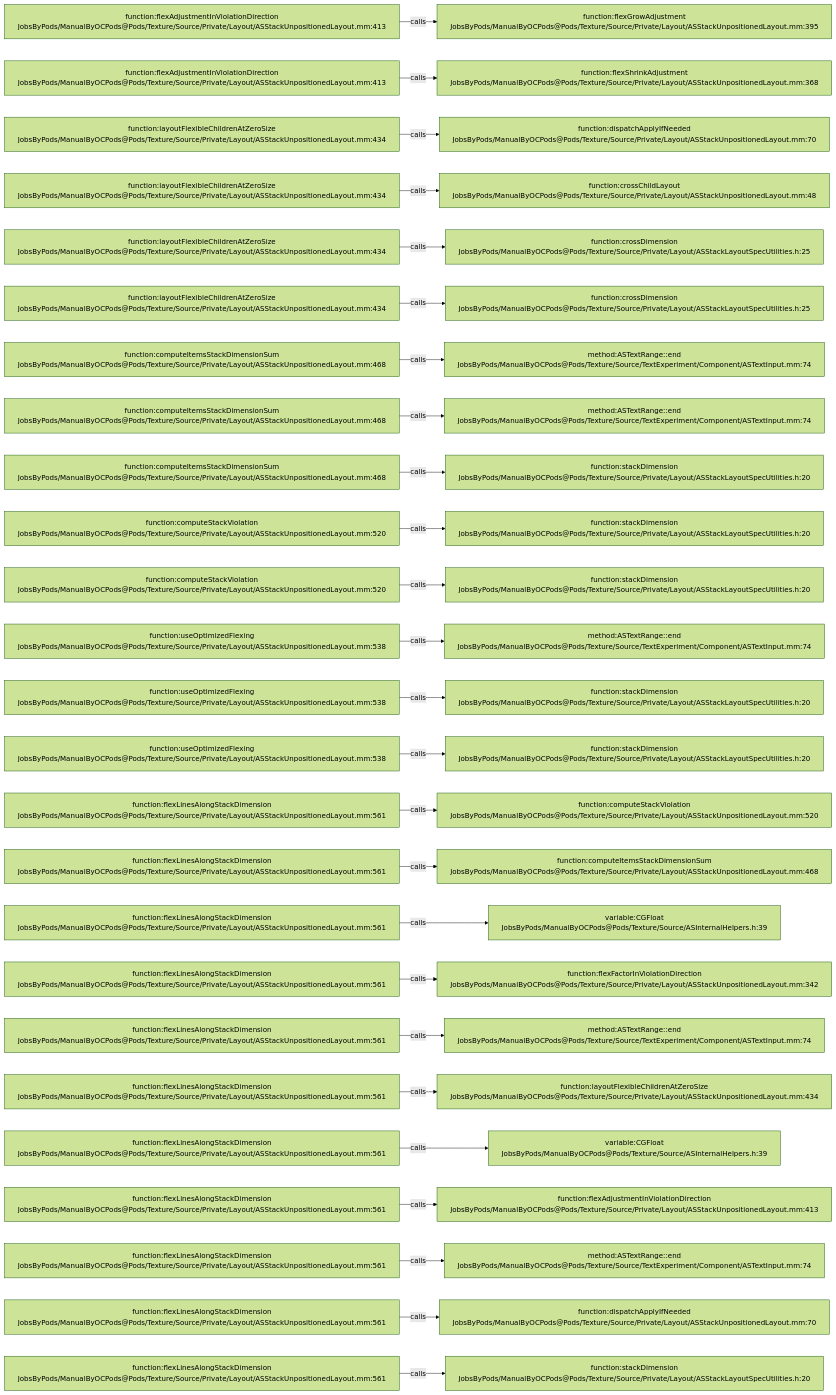
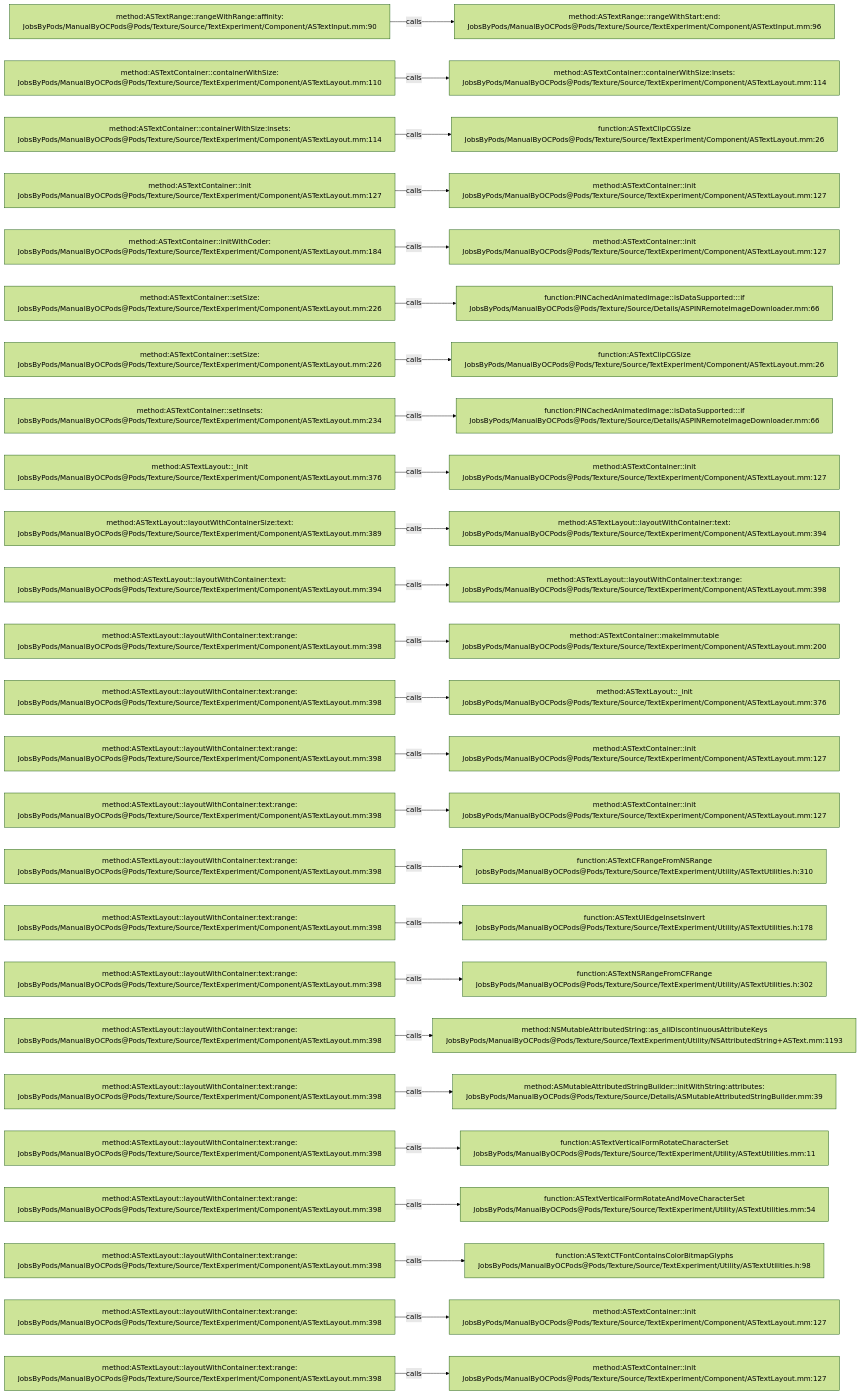
One commit to JobsKits/JobsOCBaseConfigDemo changed the diagram in .codegraph/codegraph.md/graphs/calls-193.md. Above: the diagram before and after it, drawn with Mermaid (forest theme). The commit also changed 1448 other files, not shown here.

````diff
--- a/.codegraph/codegraph.md/graphs/calls-193.md
+++ b/.codegraph/codegraph.md/graphs/calls-193.md
@@ -13,78 +13,78 @@
 ```mermaid
 flowchart LR
-  S1["function:flexAdjustmentInViolationDirection<br/>JobsByPods/ManualByOCPods@Pods/Texture/Source/Private/Layout/ASStackUnpositionedLayout.mm:413"]
-  T1["function:flexGrowAdjustment<br/>JobsByPods/ManualByOCPods@Pods/Texture/Source/Private/Layout/ASStackUnpositionedLayout.mm:395"]
+  S1["method:ASTextRange::rangeWithRange:affinity:<br/>JobsByPods/ManualByOCPods@Pods/Texture/Source/TextExperiment/Component/ASTextInput.mm:90"]
+  T1["method:ASTextRange::rangeWithStart:end:<br/>JobsByPods/ManualByOCPods@Pods/Texture/Source/TextExperiment/Component/ASTextInput.mm:96"]
   S1 -->|calls| T1
-  S2["function:flexAdjustmentInViolationDirection<br/>JobsByPods/ManualByOCPods@Pods/Texture/Source/Private/Layout/ASStackUnpositionedLayout.mm:413"]
-  T2["function:flexShrinkAdjustment<br/>JobsByPods/ManualByOCPods@Pods/Texture/Source/Private/Layout/ASStackUnpositionedLayout.mm:368"]
+  S2["method:ASTextContainer::containerWithSize:<br/>JobsByPods/ManualByOCPods@Pods/Texture/Source/TextExperiment/Component/ASTextLayout.mm:110"]
+  T2["method:ASTextContainer::containerWithSize:insets:<br/>JobsByPods/ManualByOCPods@Pods/Texture/Source/TextExperiment/Component/ASTextLayout.mm:114"]
   S2 -->|calls| T2
-  S3["function:layoutFlexibleChildrenAtZeroSize<br/>JobsByPods/ManualByOCPods@Pods/Texture/Source/Private/Layout/ASStackUnpositionedLayout.mm:434"]
-  T3["function:dispatchApplyIfNeeded<br/>JobsByPods/ManualByOCPods@Pods/Texture/Source/Private/Layout/ASStackUnpositionedLayout.mm:70"]
+  S3["method:ASTextContainer::containerWithSize:insets:<br/>JobsByPods/ManualByOCPods@Pods/Texture/Source/TextExperiment/Component/ASTextLayout.mm:114"]
+  T3["function:ASTextClipCGSize<br/>JobsByPods/ManualByOCPods@Pods/Texture/Source/TextExperiment/Component/ASTextLayout.mm:26"]
   S3 -->|calls| T3
-  S4["function:layoutFlexibleChildrenAtZeroSize<br/>JobsByPods/ManualByOCPods@Pods/Texture/Source/Private/Layout/ASStackUnpositionedLayout.mm:434"]
-  T4["function:crossChildLayout<br/>JobsByPods/ManualByOCPods@Pods/Texture/Source/Private/Layout/ASStackUnpositionedLayout.mm:48"]
+  S4["method:ASTextContainer::init<br/>JobsByPods/ManualByOCPods@Pods/Texture/Source/TextExperiment/Component/ASTextLayout.mm:127"]
+  T4["method:ASTextContainer::init<br/>JobsByPods/ManualByOCPods@Pods/Texture/Source/TextExperiment/Component/ASTextLayout.mm:127"]
   S4 -->|calls| T4
-  S5["function:layoutFlexibleChildrenAtZeroSize<br/>JobsByPods/ManualByOCPods@Pods/Texture/Source/Private/Layout/ASStackUnpositionedLayout.mm:434"]
-  T5["function:crossDimension<br/>JobsByPods/ManualByOCPods@Pods/Texture/Source/Private/Layout/ASStackLayoutSpecUtilities.h:25"]
+  S5["method:ASTextContainer::initWithCoder:<br/>JobsByPods/ManualByOCPods@Pods/Texture/Source/TextExperiment/Component/ASTextLayout.mm:184"]
+  T5["method:ASTextContainer::init<br/>JobsByPods/ManualByOCPods@Pods/Texture/Source/TextExperiment/Component/ASTextLayout.mm:127"]
   S5 -->|calls| T5
-  S6["function:layoutFlexibleChildrenAtZeroSize<br/>JobsByPods/ManualByOCPods@Pods/Texture/Source/Private/Layout/ASStackUnpositionedLayout.mm:434"]
-  T6["function:crossDimension<br/>JobsByPods/ManualByOCPods@Pods/Texture/Source/Private/Layout/ASStackLayoutSpecUtilities.h:25"]
+  S6["method:ASTextContainer::setSize:<br/>JobsByPods/ManualByOCPods@Pods/Texture/Source/TextExperiment/Component/ASTextLayout.mm:226"]
+  T6["function:PINCachedAnimatedImage::isDataSupported:::if<br/>JobsByPods/ManualByOCPods@Pods/Texture/Source/Details/ASPINRemoteImageDownloader.mm:66"]
   S6 -->|calls| T6
-  S7["function:computeItemsStackDimensionSum<br/>JobsByPods/ManualByOCPods@Pods/Texture/Source/Private/Layout/ASStackUnpositionedLayout.mm:468"]
-  T7["method:ASTextRange::end<br/>JobsByPods/ManualByOCPods@Pods/Texture/Source/TextExperiment/Component/ASTextInput.mm:74"]
+  S7["method:ASTextContainer::setSize:<br/>JobsByPods/ManualByOCPods@Pods/Texture/Source/TextExperiment/Component/ASTextLayout.mm:226"]
+  T7["function:ASTextClipCGSize<br/>JobsByPods/ManualByOCPods@Pods/Texture/Source/TextExperiment/Component/ASTextLayout.mm:26"]
   S7 -->|calls| T7
-  S8["function:computeItemsStackDimensionSum<br/>JobsByPods/ManualByOCPods@Pods/Texture/Source/Private/Layout/ASStackUnpositionedLayout.mm:468"]
-  T8["method:ASTextRange::end<br/>JobsByPods/ManualByOCPods@Pods/Texture/Source/TextExperiment/Component/ASTextInput.mm:74"]
+  S8["method:ASTextContainer::setInsets:<br/>JobsByPods/ManualByOCPods@Pods/Texture/Source/TextExperiment/Component/ASTextLayout.mm:234"]
+  T8["function:PINCachedAnimatedImage::isDataSupported:::if<br/>JobsByPods/ManualByOCPods@Pods/Texture/Source/Details/ASPINRemoteImageDownloader.mm:66"]
   S8 -->|calls| T8
-  S9["function:computeItemsStackDimensionSum<br/>JobsByPods/ManualByOCPods@Pods/Texture/Source/Private/Layout/ASStackUnpositionedLayout.mm:468"]
-  T9["function:stackDimension<br/>JobsByPods/ManualByOCPods@Pods/Texture/Source/Private/Layout/ASStackLayoutSpecUtilities.h:20"]
+  S9["method:ASTextLayout::_init<br/>JobsByPods/ManualByOCPods@Pods/Texture/Source/TextExperiment/Component/ASTextLayout.mm:376"]
+  T9["method:ASTextContainer::init<br/>JobsByPods/ManualByOCPods@Pods/Texture/Source/TextExperiment/Component/ASTextLayout.mm:127"]
   S9 -->|calls| T9
-  S10["function:computeStackViolation<br/>JobsByPods/ManualByOCPods@Pods/Texture/Source/Private/Layout/ASStackUnpositionedLayout.mm:520"]
-  T10["function:stackDimension<br/>JobsByPods/ManualByOCPods@Pods/Texture/Source/Private/Layout/ASStackLayoutSpecUtilities.h:20"]
+  S10["method:ASTextLayout::layoutWithContainerSize:text:<br/>JobsByPods/ManualByOCPods@Pods/Texture/Source/TextExperiment/Component/ASTextLayout.mm:389"]
+  T10["method:ASTextLayout::layoutWithContainer:text:<br/>JobsByPods/ManualByOCPods@Pods/Texture/Source/TextExperiment/Component/ASTextLayout.mm:394"]
   S10 -->|calls| T10
-  S11["function:computeStackViolation<br/>JobsByPods/ManualByOCPods@Pods/Texture/Source/Private/Layout/ASStackUnpositionedLayout.mm:520"]
-  T11["function:stackDimension<br/>JobsByPods/ManualByOCPods@Pods/Texture/Source/Private/Layout/ASStackLayoutSpecUtilities.h:20"]
+  S11["method:ASTextLayout::layoutWithContainer:text:<br/>JobsByPods/ManualByOCPods@Pods/Texture/Source/TextExperiment/Component/ASTextLayout.mm:394"]
+  T11["method:ASTextLayout::layoutWithContainer:text:range:<br/>JobsByPods/ManualByOCPods@Pods/Texture/Source/TextExperiment/Component/ASTextLayout.mm:398"]
   S11 -->|calls| T11
-  S12["function:useOptimizedFlexing<br/>JobsByPods/ManualByOCPods@Pods/Texture/Source/Private/Layout/ASStackUnpositionedLayout.mm:538"]
-  T12["method:ASTextRange::end<br/>JobsByPods/ManualByOCPods@Pods/Texture/Source/TextExperiment/Component/ASTextInput.mm:74"]
+  S12["method:ASTextLayout::layoutWithContainer:text:range:<br/>JobsByPods/ManualByOCPods@Pods/Texture/Source/TextExperiment/Component/ASTextLayout.mm:398"]
+  T12["method:ASTextContainer::makeImmutable<br/>JobsByPods/ManualByOCPods@Pods/Texture/Source/TextExperiment/Component/ASTextLayout.mm:200"]
   S12 -->|calls| T12
-  S13["function:useOptimizedFlexing<br/>JobsByPods/ManualByOCPods@Pods/Texture/Source/Private/Layout/ASStackUnpositionedLayout.mm:538"]
-  T13["function:stackDimension<br/>JobsByPods/ManualByOCPods@Pods/Texture/Source/Private/Layout/ASStackLayoutSpecUtilities.h:20"]
+  S13["method:ASTextLayout::layoutWithContainer:text:range:<br/>JobsByPods/ManualByOCPods@Pods/Texture/Source/TextExperiment/Component/ASTextLayout.mm:398"]
+  T13["method:ASTextLayout::_init<br/>JobsByPods/ManualByOCPods@Pods/Texture/Source/TextExperiment/Component/ASTextLayout.mm:376"]
   S13 -->|calls| T13
-  S14["function:useOptimizedFlexing<br/>JobsByPods/ManualByOCPods@Pods/Texture/Source/Private/Layout/ASStackUnpositionedLayout.mm:538"]
-  T14["function:stackDimension<br/>JobsByPods/ManualByOCPods@Pods/Texture/Source/Private/Layout/ASStackLayoutSpecUtilities.h:20"]
+  S14["method:ASTextLayout::layoutWithContainer:text:range:<br/>JobsByPods/ManualByOCPods@Pods/Texture/Source/TextExperiment/Component/ASTextLayout.mm:398"]
+  T14["method:ASTextContainer::init<br/>JobsByPods/ManualByOCPods@Pods/Texture/Source/TextExperiment/Component/ASTextLayout.mm:127"]
   S14 -->|calls| T14
-  S15["function:flexLinesAlongStackDimension<br/>JobsByPods/ManualByOCPods@Pods/Texture/Source/Private/Layout/ASStackUnpositionedLayout.mm:561"]
-  T15["function:computeStackViolation<br/>JobsByPods/ManualByOCPods@Pods/Texture/Source/Private/Layout/ASStackUnpositionedLayout.mm:520"]
+  S15["method:ASTextLayout::layoutWithContainer:text:range:<br/>JobsByPods/ManualByOCPods@Pods/Texture/Source/TextExperiment/Component/ASTextLayout.mm:398"]
+  T15["method:ASTextContainer::init<br/>JobsByPods/ManualByOCPods@Pods/Texture/Source/TextExperiment/Component/ASTextLayout.mm:127"]
   S15 -->|calls| T15
-  S16["function:flexLinesAlongStackDimension<br/>JobsByPods/ManualByOCPods@Pods/Texture/Source/Private/Layout/ASStackUnpositionedLayout.mm:561"]
-  T16["function:computeItemsStackDimensionSum<br/>JobsByPods/ManualByOCPods@Pods/Texture/Source/Private/Layout/ASStackUnpositionedLayout.mm:468"]
+  S16["method:ASTextLayout::layoutWithContainer:text:range:<br/>JobsByPods/ManualByOCPods@Pods/Texture/Source/TextExperiment/Component/ASTextLayout.mm:398"]
+  T16["function:ASTextCFRangeFromNSRange<br/>JobsByPods/ManualByOCPods@Pods/Texture/Source/TextExperiment/Utility/ASTextUtilities.h:310"]
   S16 -->|calls| T16
-  S17["function:flexLinesAlongStackDimension<br/>JobsByPods/ManualByOCPods@Pods/Texture/Source/Private/Layout/ASStackUnpositionedLayout.mm:561"]
-  T17["variable:CGFloat<br/>JobsByPods/ManualByOCPods@Pods/Texture/Source/ASInternalHelpers.h:39"]
+  S17["method:ASTextLayout::layoutWithContainer:text:range:<br/>JobsByPods/ManualByOCPods@Pods/Texture/Source/TextExperiment/Component/ASTextLayout.mm:398"]
+  T17["function:ASTextUIEdgeInsetsInvert<br/>JobsByPods/ManualByOCPods@Pods/Texture/Source/TextExperiment/Utility/ASTextUtilities.h:178"]
   S17 -->|calls| T17
-  S18["function:flexLinesAlongStackDimension<br/>JobsByPods/ManualByOCPods@Pods/Texture/Source/Private/Layout/ASStackUnpositionedLayout.mm:561"]
-  T18["function:flexFactorInViolationDirection<br/>JobsByPods/ManualByOCPods@Pods/Texture/Source/Private/Layout/ASStackUnpositionedLayout.mm:342"]
+  S18["method:ASTextLayout::layoutWithContainer:text:range:<br/>JobsByPods/ManualByOCPods@Pods/Texture/Source/TextExperiment/Component/ASTextLayout.mm:398"]
+  T18["function:ASTextNSRangeFromCFRange<br/>JobsByPods/ManualByOCPods@Pods/Texture/Source/TextExperiment/Utility/ASTextUtilities.h:302"]
   S18 -->|calls| T18
-  S19["function:flexLinesAlongStackDimension<br/>JobsByPods/ManualByOCPods@Pods/Texture/Source/Private/Layout/ASStackUnpositionedLayout.mm:561"]
-  T19["method:ASTextRange::end<br/>JobsByPods/ManualByOCPods@Pods/Texture/Source/TextExperiment/Component/ASTextInput.mm:74"]
+  S19["method:ASTextLayout::layoutWithContainer:text:range:<br/>JobsByPods/ManualByOCPods@Pods/Texture/Source/TextExperiment/Component/ASTextLayout.mm:398"]
+  T19["method:NSMutableAttributedString::as_allDiscontinuousAttributeKeys<br/>JobsByPods/ManualByOCPods@Pods/Texture/Source/TextExperiment/Utility/NSAttributedString+ASText.mm:1193"]
   S19 -->|calls| T19
-  S20["function:flexLinesAlongStackDimension<br/>JobsByPods/ManualByOCPods@Pods/Texture/Source/Private/Layout/ASStackUnpositionedLayout.mm:561"]
-  T20["function:layoutFlexibleChildrenAtZeroSize<br/>JobsByPods/ManualByOCPods@Pods/Texture/Source/Private/Layout/ASStackUnpositionedLayout.mm:434"]
+  S20["method:ASTextLayout::layoutWithContainer:text:range:<br/>JobsByPods/ManualByOCPods@Pods/Texture/Source/TextExperiment/Component/ASTextLayout.mm:398"]
+  T20["method:ASMutableAttributedStringBuilder::initWithString:attributes:<br/>JobsByPods/ManualByOCPods@Pods/Texture/Source/Details/ASMutableAttributedStringBuilder.mm:39"]
   S20 -->|calls| T20
-  S21["function:flexLinesAlongStackDimension<br/>JobsByPods/ManualByOCPods@Pods/Texture/Source/Private/Layout/ASStackUnpositionedLayout.mm:561"]
-  T21["variable:CGFloat<br/>JobsByPods/ManualByOCPods@Pods/Texture/Source/ASInternalHelpers.h:39"]
+  S21["method:ASTextLayout::layoutWithContainer:text:range:<br/>JobsByPods/ManualByOCPods@Pods/Texture/Source/TextExperiment/Component/ASTextLayout.mm:398"]
+  T21["function:ASTextVerticalFormRotateCharacterSet<br/>JobsByPods/ManualByOCPods@Pods/Texture/Source/TextExperiment/Utility/ASTextUtilities.mm:11"]
   S21 -->|calls| T21
-  S22["function:flexLinesAlongStackDimension<br/>JobsByPods/ManualByOCPods@Pods/Texture/Source/Private/Layout/ASStackUnpositionedLayout.mm:561"]
-  T22["function:flexAdjustmentInViolationDirection<br/>JobsByPods/ManualByOCPods@Pods/Texture/Source/Private/Layout/ASStackUnpositionedLayout.mm:413"]
+  S22["method:ASTextLayout::layoutWithContainer:text:range:<br/>JobsByPods/ManualByOCPods@Pods/Texture/Source/TextExperiment/Component/ASTextLayout.mm:398"]
+  T22["function:ASTextVerticalFormRotateAndMoveCharacterSet<br/>JobsByPods/ManualByOCPods@Pods/Texture/Source/TextExperiment/Utility/ASTextUtilities.mm:54"]
   S22 -->|calls| T22
-  S23["function:flexLinesAlongStackDimension<br/>JobsByPods/ManualByOCPods@Pods/Texture/Source/Private/Layout/ASStackUnpositionedLayout.mm:561"]
-  T23["method:ASTextRange::end<br/>JobsByPods/ManualByOCPods@Pods/Texture/Source/TextExperiment/Component/ASTextInput.mm:74"]
+  S23["method:ASTextLayout::layoutWithContainer:text:range:<br/>JobsByPods/ManualByOCPods@Pods/Texture/Source/TextExperiment/Component/ASTextLayout.mm:398"]
+  T23["function:ASTextCTFontContainsColorBitmapGlyphs<br/>JobsByPods/ManualByOCPods@Pods/Texture/Source/TextExperiment/Utility/ASTextUtilities.h:98"]
   S23 -->|calls| T23
-  S24["function:flexLinesAlongStackDimension<br/>JobsByPods/ManualByOCPods@Pods/Texture/Source/Private/Layout/ASStackUnpositionedLayout.mm:561"]
-  T24["function:dispatchApplyIfNeeded<br/>JobsByPods/ManualByOCPods@Pods/Texture/Source/Private/Layout/ASStackUnpositionedLayout.mm:70"]
+  S24["method:ASTextLayout::layoutWithContainer:text:range:<br/>JobsByPods/ManualByOCPods@Pods/Texture/Source/TextExperiment/Component/ASTextLayout.mm:398"]
+  T24["method:ASTextContainer::init<br/>JobsByPods/ManualByOCPods@Pods/Texture/Source/TextExperiment/Component/ASTextLayout.mm:127"]
   S24 -->|calls| T24
-  S25["function:flexLinesAlongStackDimension<br/>JobsByPods/ManualByOCPods@Pods/Texture/Source/Private/Layout/ASStackUnpositionedLayout.mm:561"]
-  T25["function:stackDimension<br/>JobsByPods/ManualByOCPods@Pods/Texture/Source/Private/Layout/ASStackLayoutSpecUtilities.h:20"]
+  S25["method:ASTextLayout::layoutWithContainer:text:range:<br/>JobsByPods/ManualByOCPods@Pods/Texture/Source/TextExperiment/Component/ASTextLayout.mm:398"]
+  T25["method:ASTextContainer::init<br/>JobsByPods/ManualByOCPods@Pods/Texture/Source/TextExperiment/Component/ASTextLayout.mm:127"]
   S25 -->|calls| T25
 ```
````
